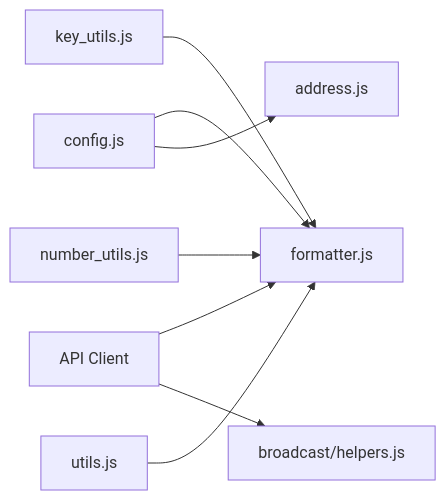
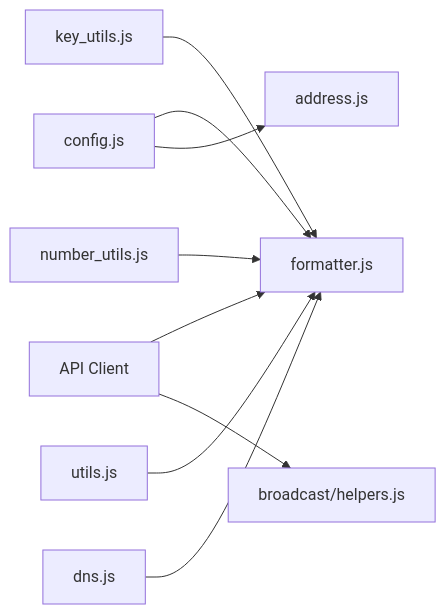
One commit to VIZ-Blockchain/viz-js-lib changed diagram 11 of 11 in .qoder/repowiki/en/content/Utilities & Helpers.md. Above: the diagram before and after it, drawn with Mermaid. The commit also changed other lines of this file and 2 other files, not shown here.

First line of the commit message:
feat(dns): add comprehensive DNS nameserver module and tests

````diff
--- a/.qoder/repowiki/en/content/Utilities & Helpers.md
+++ b/.qoder/repowiki/en/content/Utilities & Helpers.md
@@ -341,10 +466,11 @@
 ```mermaid
 graph LR
 CFG["config.js"] --> FMT["formatter.js"]
 CFG --> ADH["address.js"]
 API["API Client"] --> FMT
 API --> BHL["broadcast/helpers.js"]
 KEY["key_utils.js"] --> FMT
 NMB["number_utils.js"] --> FMT
 UTL["utils.js"] --> FMT
+DNS["dns.js"] --> FMT
 ```
````
